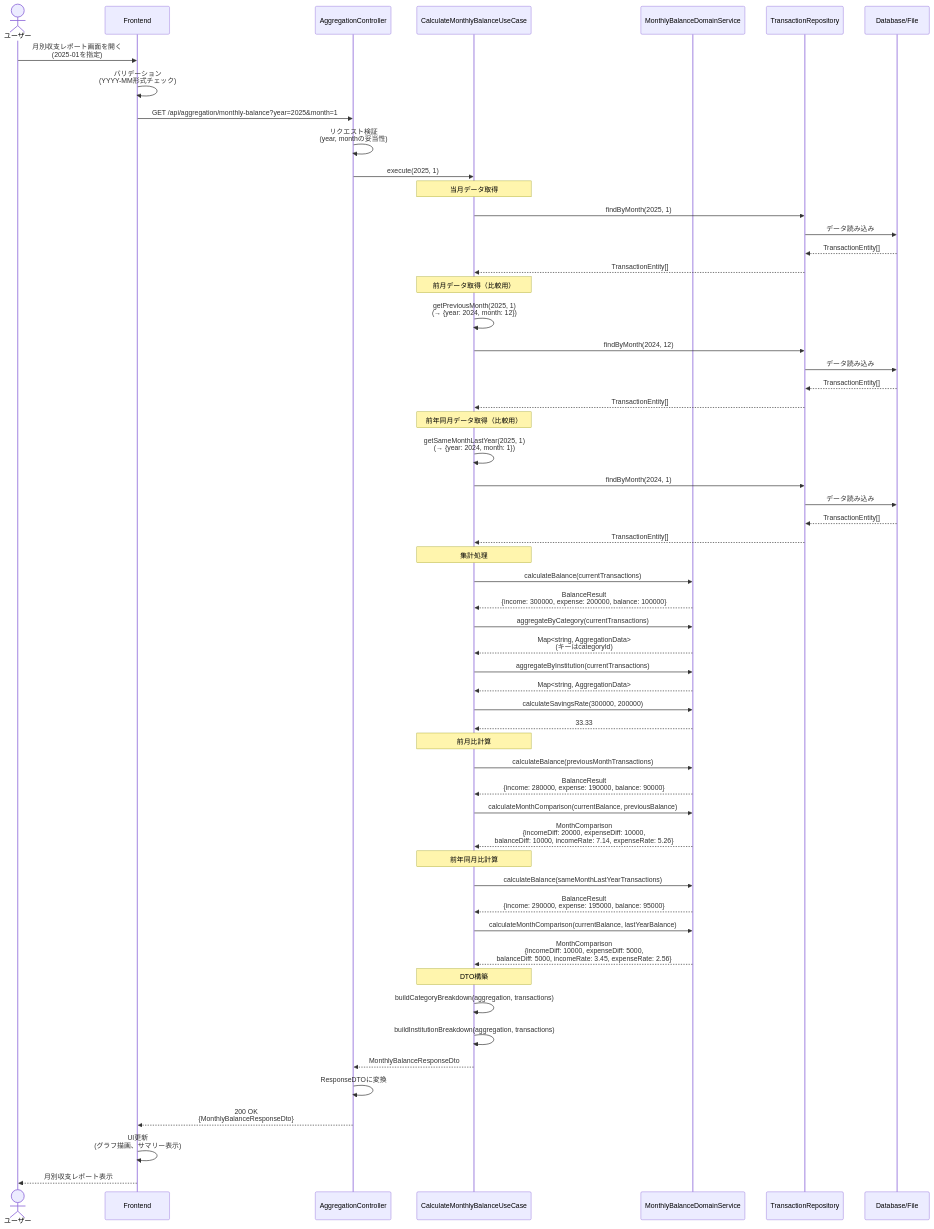
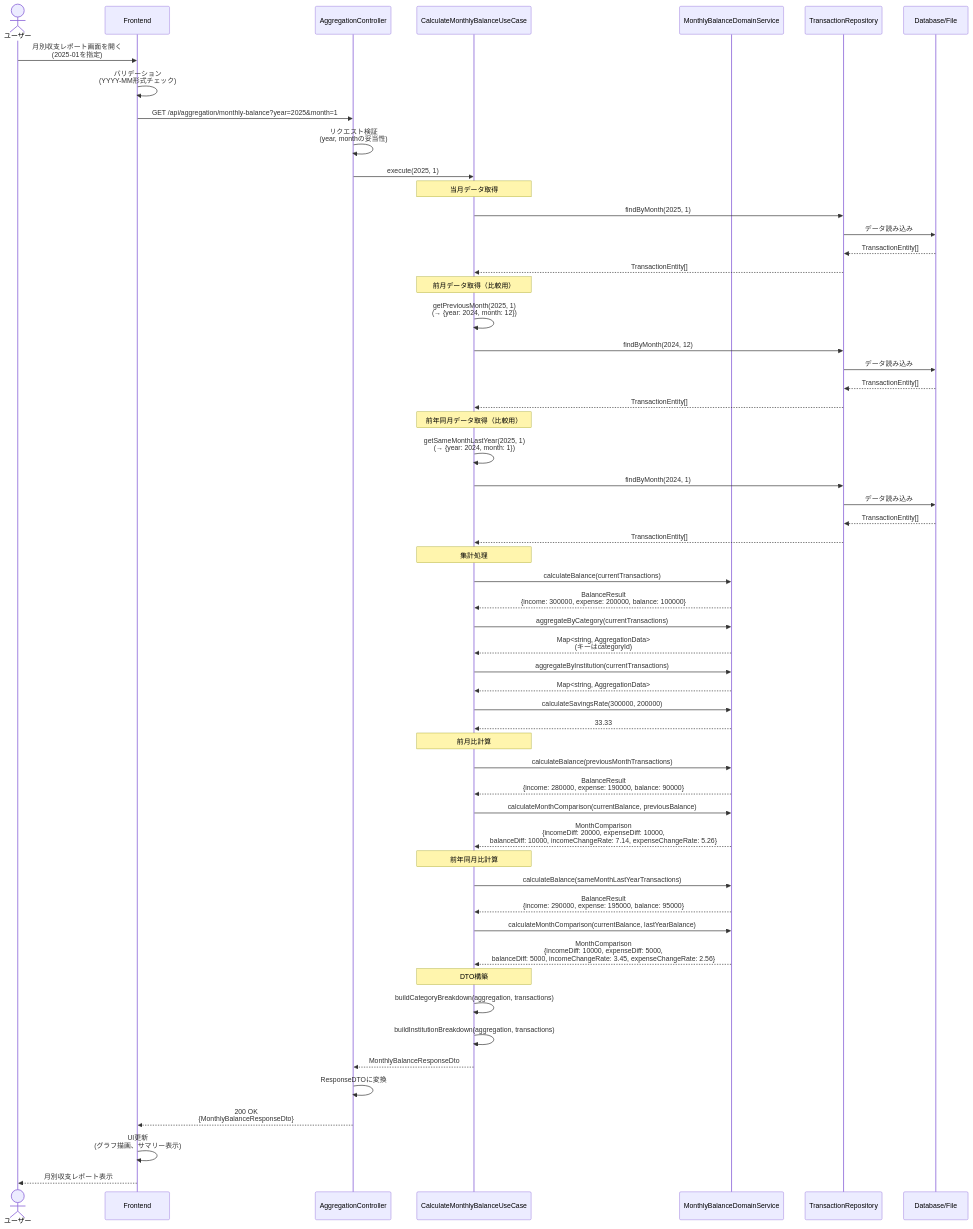
Before and after one commit to kencom2400/account-book: the first of 4 diagrams in docs/detailed-design/FR-016_monthly-balance-aggregation/sequence-diagrams.md, drawn with Mermaid. The commit also changed 3 other files, not shown here.

First line of the commit message:
docs(aggregation): Geminiレビュー指摘に対応（クラス図の改善）

````diff
--- a/docs/detailed-design/FR-016_monthly-balance-aggregation/sequence-diagrams.md
+++ b/docs/detailed-design/FR-016_monthly-balance-aggregation/sequence-diagrams.md
@@ -33,74 +33,74 @@
 ```mermaid
 sequenceDiagram
     actor User as ユーザー
     participant FE as Frontend
     participant API as AggregationController
     participant UC as CalculateMonthlyBalanceUseCase
     participant DS as MonthlyBalanceDomainService
     participant Repo as TransactionRepository
     participant DB as Database/File
 
     User->>FE: 月別収支レポート画面を開く<br/>(2025-01を指定)
     FE->>FE: バリデーション<br/>(YYYY-MM形式チェック)
     FE->>API: GET /api/aggregation/monthly-balance?year=2025&month=1
 
     API->>API: リクエスト検証<br/>(year, monthの妥当性)
     API->>UC: execute(2025, 1)
 
     Note over UC: 当月データ取得
     UC->>Repo: findByMonth(2025, 1)
     Repo->>DB: データ読み込み
     DB-->>Repo: TransactionEntity[]
     Repo-->>UC: TransactionEntity[]
 
     Note over UC: 前月データ取得（比較用）
     UC->>UC: getPreviousMonth(2025, 1)<br/>(→ {year: 2024, month: 12})
     UC->>Repo: findByMonth(2024, 12)
     Repo->>DB: データ読み込み
     DB-->>Repo: TransactionEntity[]
     Repo-->>UC: TransactionEntity[]
 
     Note over UC: 前年同月データ取得（比較用）
     UC->>UC: getSameMonthLastYear(2025, 1)<br/>(→ {year: 2024, month: 1})
     UC->>Repo: findByMonth(2024, 1)
     Repo->>DB: データ読み込み
     DB-->>Repo: TransactionEntity[]
     Repo-->>UC: TransactionEntity[]
 
     Note over UC: 集計処理
     UC->>DS: calculateBalance(currentTransactions)
     DS-->>UC: BalanceResult<br/>{income: 300000, expense: 200000, balance: 100000}
 
     UC->>DS: aggregateByCategory(currentTransactions)
     DS-->>UC: Map<string, AggregationData><br/>(キーはcategoryId)
 
     UC->>DS: aggregateByInstitution(currentTransactions)
     DS-->>UC: Map<string, AggregationData>
 
     UC->>DS: calculateSavingsRate(300000, 200000)
     DS-->>UC: 33.33
 
     Note over UC: 前月比計算
     UC->>DS: calculateBalance(previousMonthTransactions)
     DS-->>UC: BalanceResult<br/>{income: 280000, expense: 190000, balance: 90000}
 
     UC->>DS: calculateMonthComparison(currentBalance, previousBalance)
-    DS-->>UC: MonthComparison<br/>{incomeDiff: 20000, expenseDiff: 10000,<br/>balanceDiff: 10000, incomeRate: 7.14, expenseRate: 5.26}
+    DS-->>UC: MonthComparison<br/>{incomeDiff: 20000, expenseDiff: 10000,<br/>balanceDiff: 10000, incomeChangeRate: 7.14, expenseChangeRate: 5.26}
 
     Note over UC: 前年同月比計算
     UC->>DS: calculateBalance(sameMonthLastYearTransactions)
     DS-->>UC: BalanceResult<br/>{income: 290000, expense: 195000, balance: 95000}
 
     UC->>DS: calculateMonthComparison(currentBalance, lastYearBalance)
-    DS-->>UC: MonthComparison<br/>{incomeDiff: 10000, expenseDiff: 5000,<br/>balanceDiff: 5000, incomeRate: 3.45, expenseRate: 2.56}
+    DS-->>UC: MonthComparison<br/>{incomeDiff: 10000, expenseDiff: 5000,<br/>balanceDiff: 5000, incomeChangeRate: 3.45, expenseChangeRate: 2.56}
 
     Note over UC: DTO構築
     UC->>UC: buildCategoryBreakdown(aggregation, transactions)
     UC->>UC: buildInstitutionBreakdown(aggregation, transactions)
     UC-->>API: MonthlyBalanceResponseDto
 
     API->>API: ResponseDTOに変換
     API-->>FE: 200 OK<br/>{MonthlyBalanceResponseDto}
     FE->>FE: UI更新<br/>(グラフ描画、サマリー表示)
     FE-->>User: 月別収支レポート表示
 ```
````
